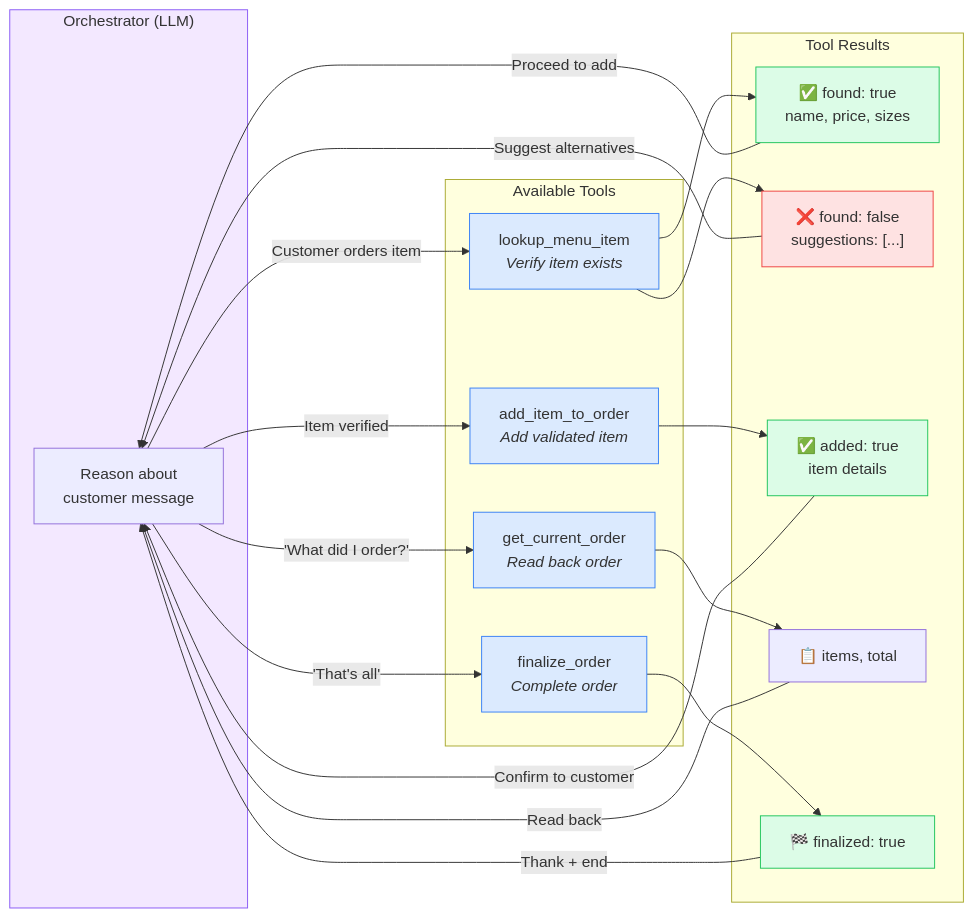
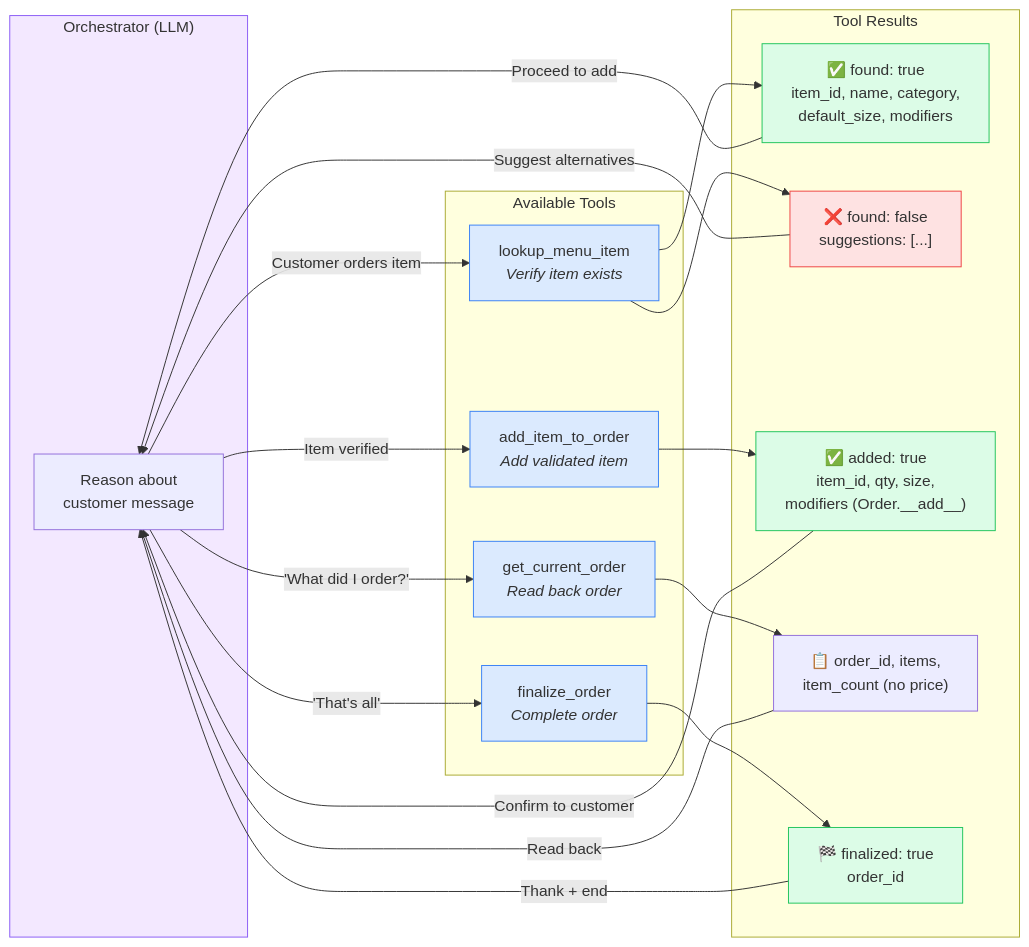
The sixth of 12 diagrams in docs/thoughts/target-implementation/v1/langgraph-state-diagrams-v1.md (seanreed1111/mcdonalds-drive-thru-bot), drawn with Mermaid before and after one commit. The commit also changed other lines of this file and 3 other files, not shown here.

Commit message:
adds more planning docs about state persistence. also adds Order.__add__ to add order to item

````diff
--- a/docs/thoughts/target-implementation/v1/langgraph-state-diagrams-v1.md
+++ b/docs/thoughts/target-implementation/v1/langgraph-state-diagrams-v1.md
@@ -216,48 +280,48 @@
 ```mermaid
 flowchart LR
     subgraph Orchestrator["Orchestrator (LLM)"]
         Reason["Reason about<br/>customer message"]
     end
 
     subgraph Tools["Available Tools"]
         Lookup["lookup_menu_item<br/><i>Verify item exists</i>"]
         Add["add_item_to_order<br/><i>Add validated item</i>"]
         GetOrder["get_current_order<br/><i>Read back order</i>"]
         Finalize["finalize_order<br/><i>Complete order</i>"]
     end
 
     subgraph Results["Tool Results"]
-        Found["✅ found: true<br/>name, price, sizes"]
+        Found["✅ found: true<br/>item_id, name, category,<br/>default_size, modifiers"]
         NotFound["❌ found: false<br/>suggestions: [...]"]
-        Added["✅ added: true<br/>item details"]
-        OrderSummary["📋 items, total"]
-        Done["🏁 finalized: true"]
+        Added["✅ added: true<br/>item_id, qty, size,<br/>modifiers (Order.__add__)"]
+        OrderSummary["📋 order_id, items,<br/>item_count (no price)"]
+        Done["🏁 finalized: true<br/>order_id"]
     end
 
     Reason -->|"Customer orders item"| Lookup
     Reason -->|"Item verified"| Add
     Reason -->|"'What did I order?'"| GetOrder
     Reason -->|"'That's all'"| Finalize
 
     Lookup --> Found
     Lookup --> NotFound
     Add --> Added
     GetOrder --> OrderSummary
     Finalize --> Done
 
     Found -->|"Proceed to add"| Reason
     NotFound -->|"Suggest alternatives"| Reason
     Added -->|"Confirm to customer"| Reason
     OrderSummary -->|"Read back"| Reason
     Done -->|"Thank + end"| Reason
 
     style Orchestrator fill:#f3e8ff,stroke:#8b5cf6
     style Lookup fill:#dbeafe,stroke:#3b82f6
     style Add fill:#dbeafe,stroke:#3b82f6
     style GetOrder fill:#dbeafe,stroke:#3b82f6
     style Finalize fill:#dbeafe,stroke:#3b82f6
     style Found fill:#dcfce7,stroke:#22c55e
     style NotFound fill:#fee2e2,stroke:#ef4444
     style Added fill:#dcfce7,stroke:#22c55e
     style Done fill:#dcfce7,stroke:#22c55e
 ```
````
